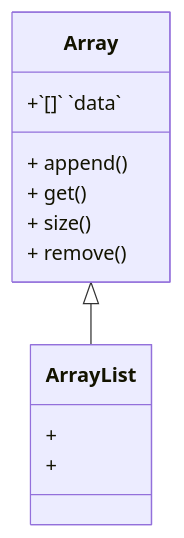
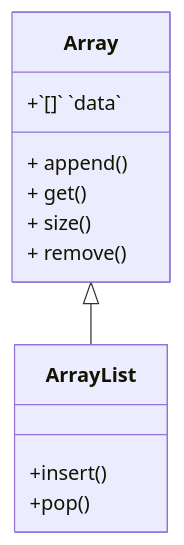
Before and after one commit to Ivango128/ArrayList: the diagram in .swm/arraylist.qpoj4aub.sw.md, drawn with Mermaid. The commit also changed other lines of this file, not shown here.

Commit message:
docs(swimm): update doc: "Класс ArrayList"

````diff
--- a/.swm/arraylist.qpoj4aub.sw.md
+++ b/.swm/arraylist.qpoj4aub.sw.md
@@ -64,14 +64,14 @@
 ```mermaid
 classDiagram
 `Array` <|-- `ArrayList`
 `Array`: +`[]` `data`
 `Array`: + append()
 `Array`: + get()
 `Array`: + size()
 `Array`: + remove()
 class `ArrayList`{
-+
-+
++insert()
++pop()
 }
 
 ```
````
